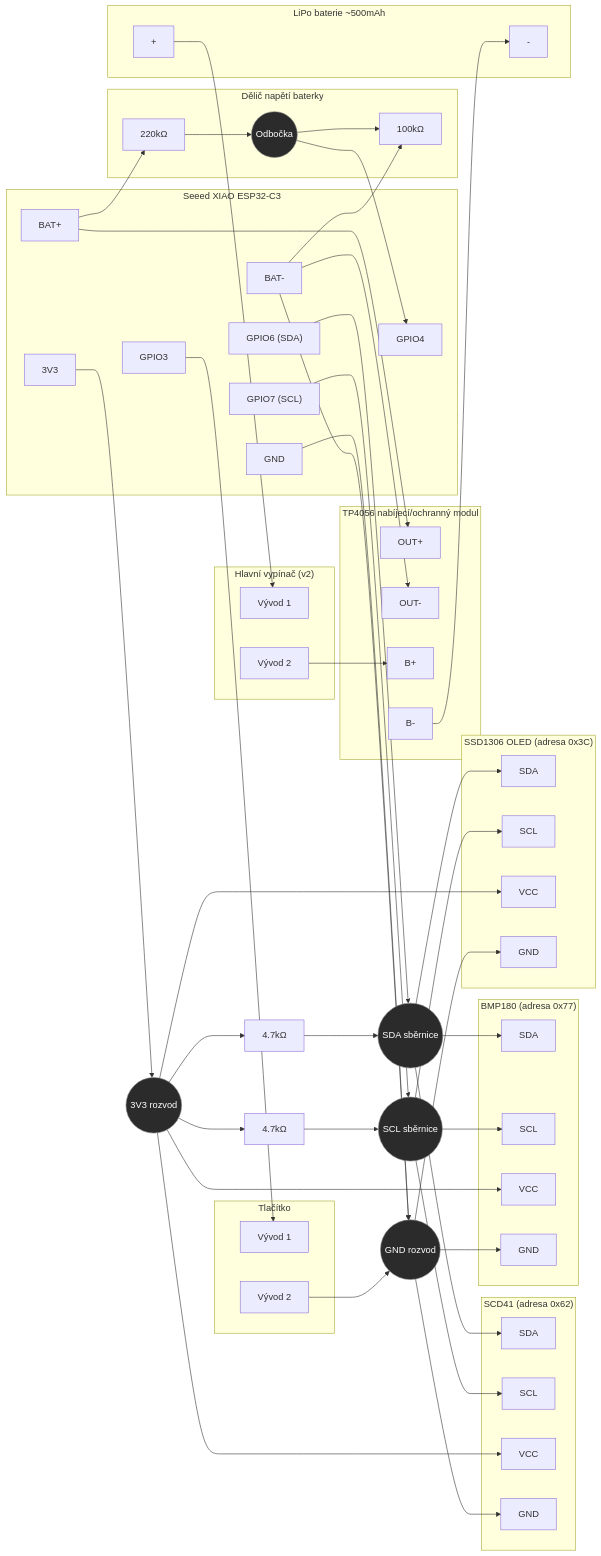
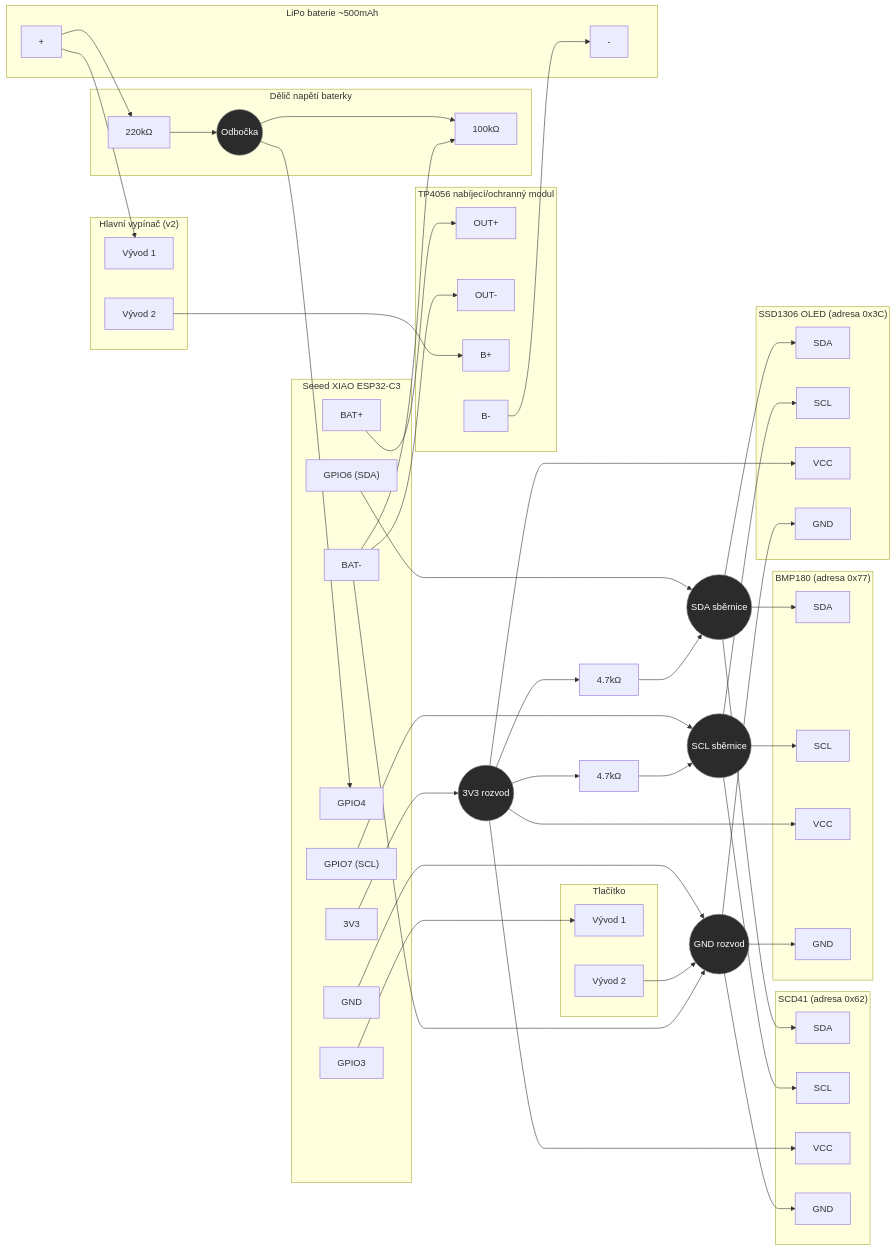
The diagram in WIRING.md (Spagy69/ESP32-C3-Air-Quality-Monitor), drawn with Mermaid before and after one commit. The commit also changed other lines of this file and 2 other files, not shown here.

```diff
--- a/WIRING.md
+++ b/WIRING.md
@@ -126,7 +128,7 @@
   BP --> SW1
   SW2 --> T_BP
   T_BN --> BN
-  BATP --> R1
+  BP --> R1
   BATN --> R2
   BATN --> RAIL_GND
 
```
